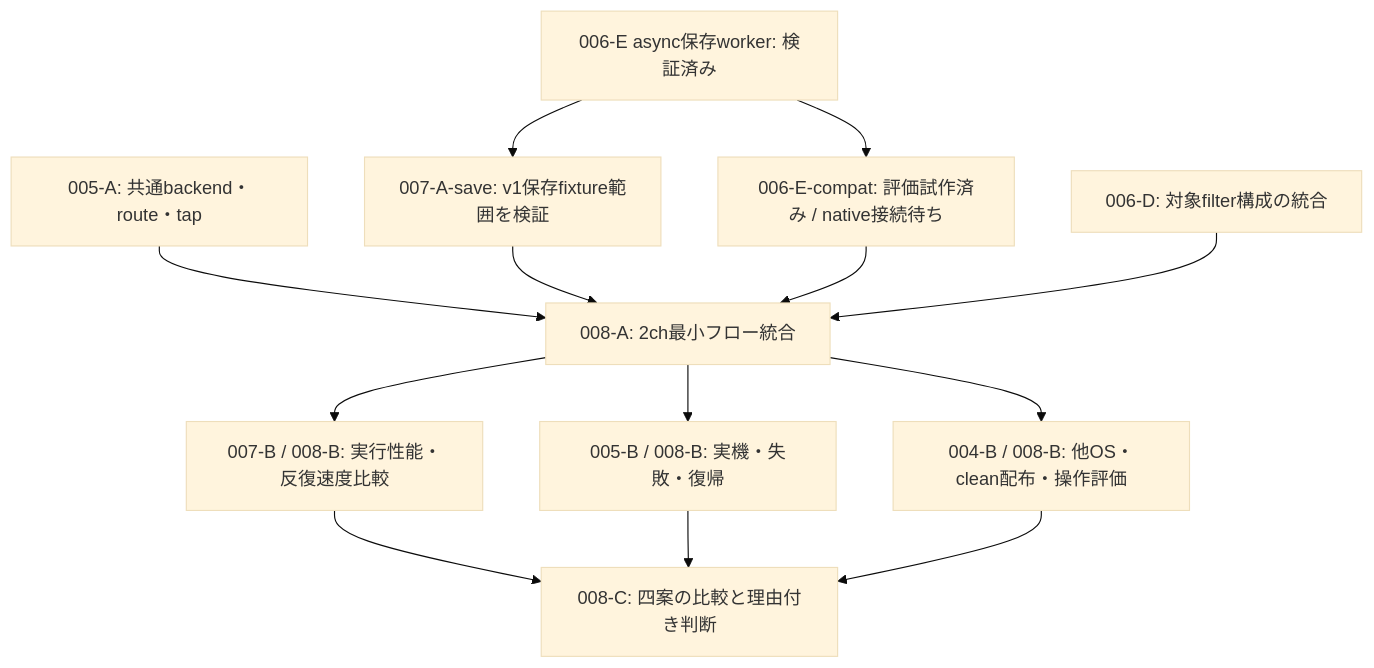
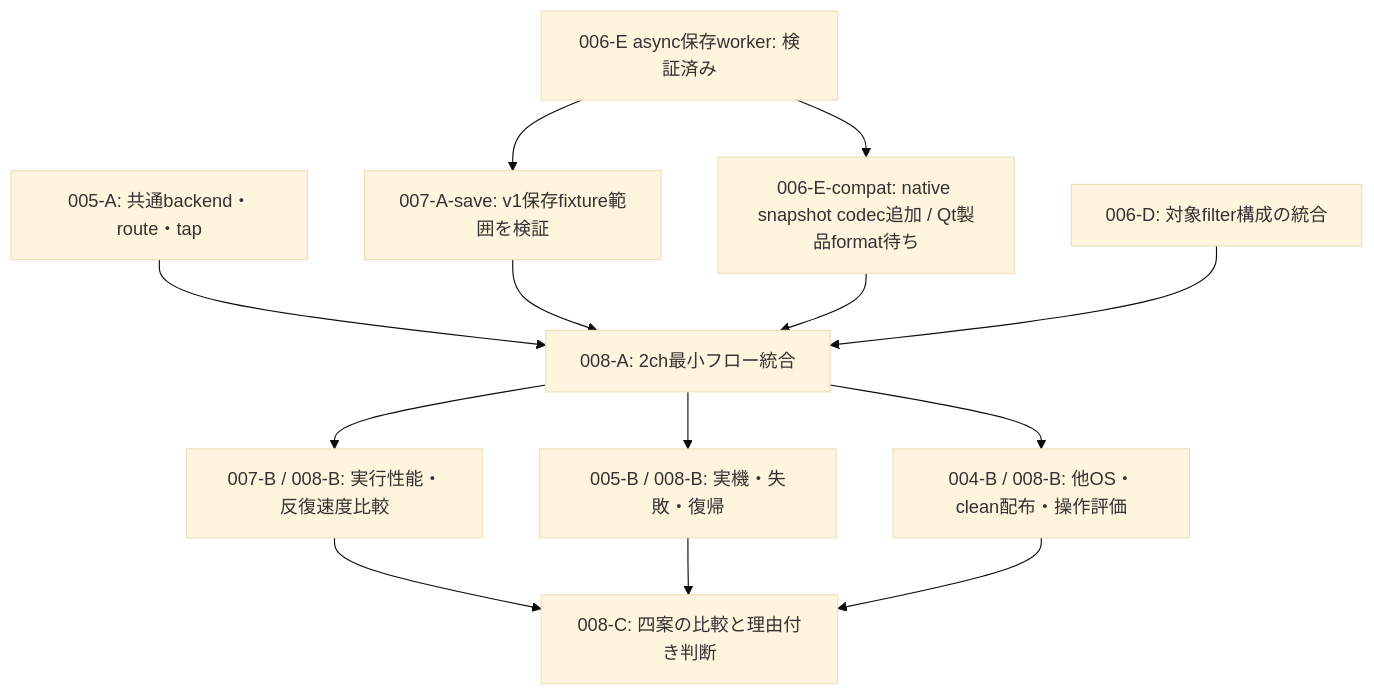
Before and after one commit to youtube-at-vach/MeasureLab: the diagram in migration/remaining-to-mig008.md, drawn with Mermaid (base theme). The commit also changed other lines of this file and 21 other files, not shown here.

Commit message:
Add native product snapshot codec and save worker

````diff
--- a/migration/remaining-to-mig008.md
+++ b/migration/remaining-to-mig008.md
@@ -19,15 +19,15 @@
 ```mermaid
 flowchart TD
     S[006-E async保存worker: 検証済み] --> U[007-A-save: v1保存fixture範囲を検証]
-    S --> C[006-E-compat: 評価試作済み / native接続待ち]
+    S --> C[006-E-compat: native snapshot codec追加 / Qt製品format待ち]
     A[005-A: 共通backend・route・tap] --> I[008-A: 2ch最小フロー統合]
     U --> I
     C --> I
     F[006-D: 対象filter構成の統合] --> I
     I --> B[007-B / 008-B: 実行性能・反復速度比較]
     I --> H[005-B / 008-B: 実機・失敗・復帰]
     I --> P[004-B / 008-B: 他OS・clean配布・操作評価]
     B --> D[008-C: 四案の比較と理由付き判断]
     H --> D
     P --> D
 ```
````
